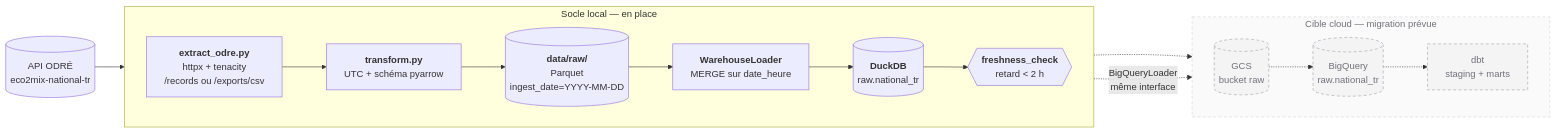
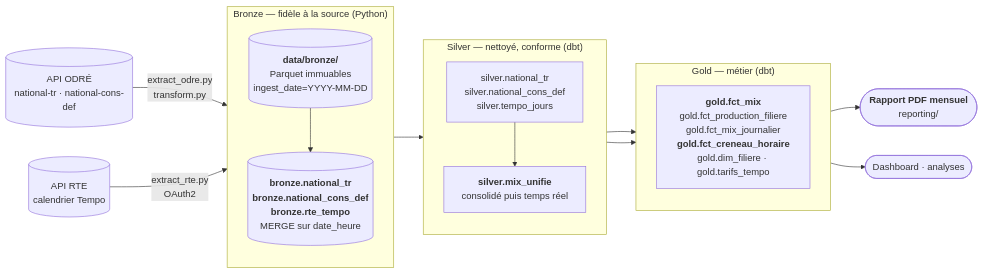
One commit to Elias-Ouafi/eco2mix-data-platform changed the diagram in README.md. Above: the diagram before and after it, drawn with Mermaid. The commit also changed other lines of this file and 56 other files, not shown here.

First line of the commit message:
Architecture médaillon (dbt silver/gold) et rapport PDF mensuel carbone / Tempo

````diff
--- a/README.md
+++ b/README.md
@@ -17,30 +23,32 @@
 ```mermaid
 flowchart LR
-    ODRE[("API ODRÉ<br/>eco2mix-national-tr")]
+    ODRE[("API ODRÉ<br/>national-tr · national-cons-def")]
+    RTE[("API RTE<br/>calendrier Tempo")]
 
-    subgraph LOCAL["Socle local — en place"]
-        direction LR
-        EXTRACT["<b>extract_odre.py</b><br/>httpx + tenacity<br/>/records ou /exports/csv"]
-        TRANSFORM["<b>transform.py</b><br/>UTC + schéma pyarrow"]
-        RAW[("<b>data/raw/</b><br/>Parquet<br/>ingest_date=YYYY-MM-DD")]
-        LOADER["<b>WarehouseLoader</b><br/>MERGE sur date_heure"]
-        DUCK[("<b>DuckDB</b><br/>raw.national_tr")]
-        CHECK{{"<b>freshness_check</b><br/>retard &lt; 2 h"}}
+    subgraph BRONZE["Bronze — fidèle à la source (Python)"]
+        direction TB
+        PARQUET[("<b>data/bronze/</b><br/>Parquet immuables<br/>ingest_date=YYYY-MM-DD")]
+        BTABLES[("<b>bronze.national_tr</b><br/><b>bronze.national_cons_def</b><br/><b>bronze.rte_tempo</b><br/>MERGE sur date_heure")]
+        PARQUET --> BTABLES
     end
 
-    subgraph CLOUD["Cible cloud — migration prévue"]
-        direction LR
-        GCS[("GCS<br/>bucket raw")]
-        BQ[("BigQuery<br/>raw.national_tr")]
-        DBT["dbt<br/>staging + marts"]
+    subgraph SILVER["Silver — nettoyé, conforme (dbt)"]
+        direction TB
+        STR["silver.national_tr<br/>silver.national_cons_def<br/>silver.tempo_jours"]
+        MIX["<b>silver.mix_unifie</b><br/>consolidé puis temps réel"]
+        STR --> MIX
     end
 
-    ODRE --> EXTRACT --> TRANSFORM --> RAW --> LOADER --> DUCK --> CHECK
-    RAW -.-> GCS
-    LOADER -.->|"BigQueryLoader<br/>même interface"| BQ
-    GCS -.-> BQ -.-> DBT
+    subgraph GOLD["Gold — métier (dbt)"]
+        direction TB
+        FCT["<b>gold.fct_mix</b><br/>gold.fct_production_filiere<br/>gold.fct_mix_journalier<br/><b>gold.fct_creneau_horaire</b><br/>gold.dim_filiere · gold.tarifs_tempo"]
+    end
 
-    classDef future fill:#f4f4f5,stroke:#a1a1aa,color:#71717a,stroke-dasharray:5 4
-    class GCS,BQ,DBT future
-    style CLOUD fill:#fafafa,stroke:#d4d4d8,color:#71717a,stroke-dasharray:5 4
+    ODRE -->|"extract_odre.py<br/>transform.py"| PARQUET
+    RTE -->|"extract_rte.py<br/>OAuth2"| PARQUET
+    BTABLES --> STR
+    MIX --> FCT
+    STR --> FCT
+    FCT --> PDF(["<b>Rapport PDF mensuel</b><br/>reporting/"])
+    FCT --> USE(["Dashboard · analyses"])
 ```
````
